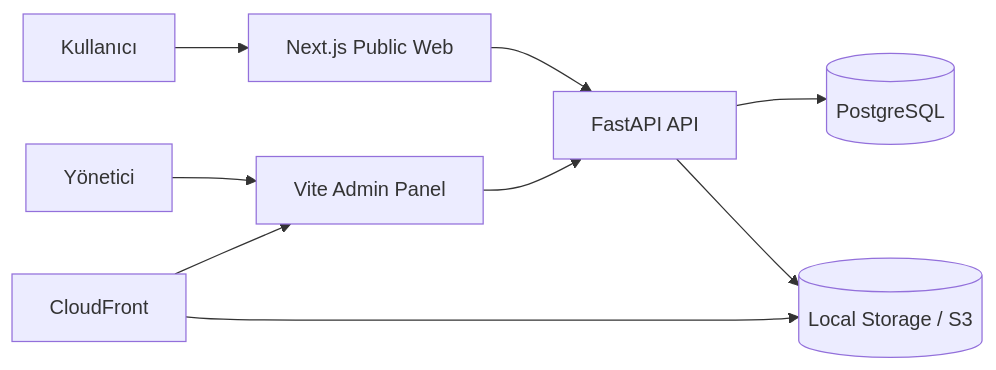
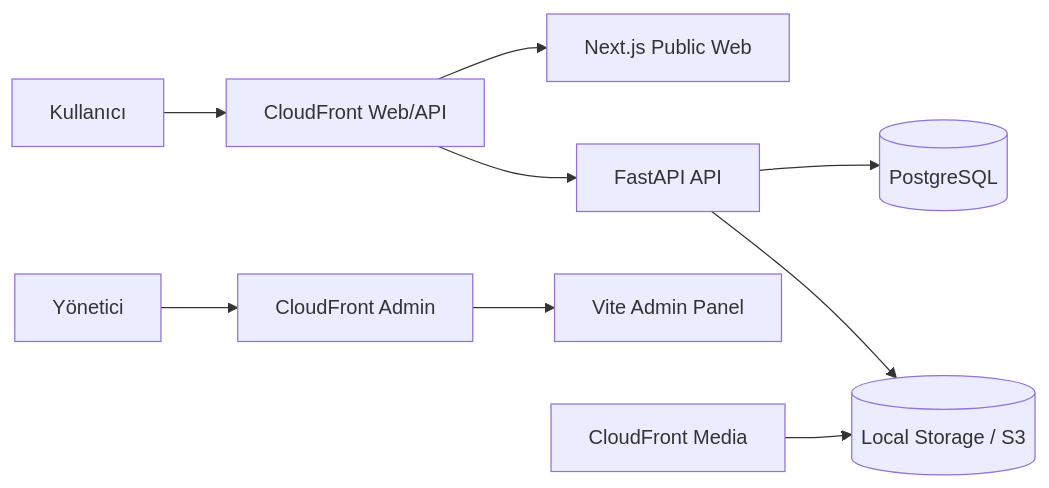
The diagram in README.md (eemrezcan/cckids-aws-deployment), drawn with Mermaid before and after one commit. The commit also changed other lines of this file and 1 other file, not shown here.

Commit message:
Align CloudFront documentation across repo

````diff
--- a/README.md
+++ b/README.md
@@ -16,11 +16,11 @@
 ```mermaid
 flowchart LR
-    user[Kullanıcı] --> web[Next.js Public Web]
-    admin[Yönetici] --> adminui[Vite Admin Panel]
-    web --> api[FastAPI API]
-    adminui --> api
+    user[Kullanıcı] --> cfapp[CloudFront Web/API]
+    admin[Yönetici] --> cfadmin[CloudFront Admin]
+    cfapp --> web[Next.js Public Web]
+    cfapp --> api[FastAPI API]
+    cfadmin --> adminui[Vite Admin Panel]
     api --> db[(PostgreSQL)]
     api --> storage[(Local Storage / S3)]
-    cf[CloudFront] --> adminui
-    cf --> storage
+    cfmedia[CloudFront Media] --> storage
 ```
````
